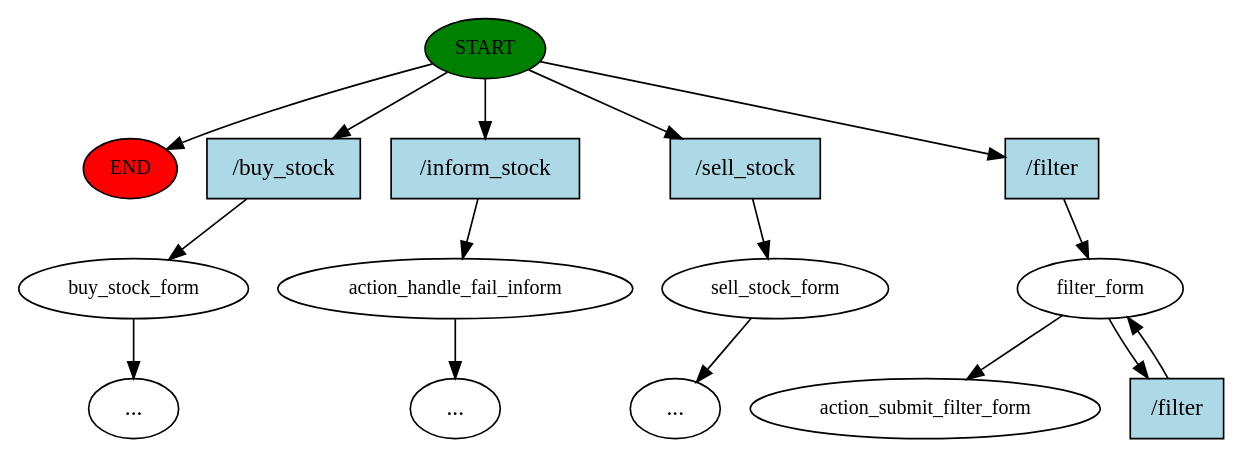
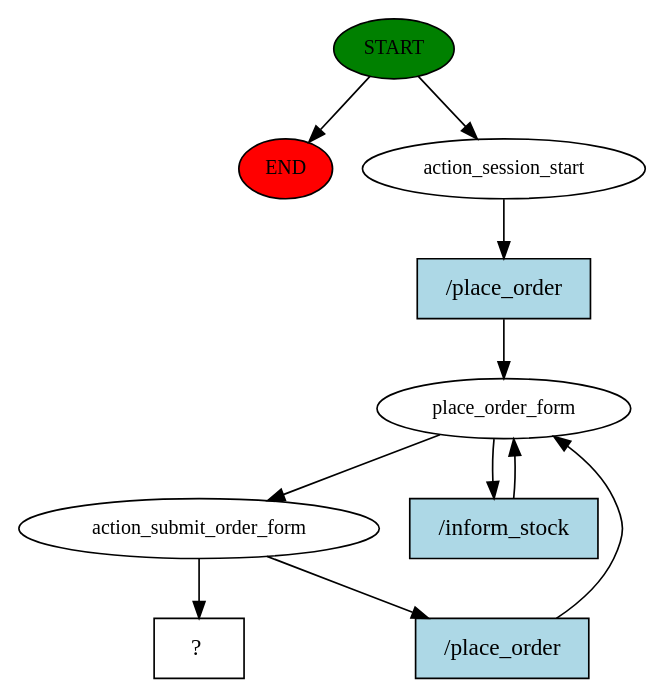
The diagram in src/components/ChatBot/ChatBotBackend/RasaIntent/story_graph.dot (medAzizBennour/chatbot), drawn with Graphviz before and after one commit. The commit also changed 85 other files, not shown here.

```diff
--- a/src/components/ChatBot/ChatBotBackend/RasaIntent/story_graph.dot
+++ b/src/components/ChatBot/ChatBotBackend/RasaIntent/story_graph.dot
@@ -1,32 +1,21 @@
 digraph  {
 0 [class="start active", fillcolor=green, fontsize=12, label=START, style=filled];
 "-1" [class=end, fillcolor=red, fontsize=12, label=END, style=filled];
-1 [class="", fontsize=12, label=buy_stock_form];
-"-4" [class=ellipsis, label="..."];
-3 [class="", fontsize=12, label=action_handle_fail_inform];
-"-6" [class=ellipsis, label="..."];
-5 [class="", fontsize=12, label=sell_stock_form];
-"-7" [class=ellipsis, label="..."];
-6 [class=active, fontsize=12, label=filter_form];
-8 [class="dashed active", fontsize=12, label=action_submit_filter_form];
-9 [class=intent, fillcolor=lightblue, label="/buy_stock", shape=rect, style=filled];
-10 [class=intent, fillcolor=lightblue, label="/inform_stock", shape=rect, style=filled];
-11 [class=intent, fillcolor=lightblue, label="/sell_stock", shape=rect, style=filled];
-12 [class="intent active", fillcolor=lightblue, label="/filter", shape=rect, style=filled];
-13 [class="intent active", fillcolor=lightblue, label="/filter", shape=rect, style=filled];
+1 [class=active, fontsize=12, label=action_session_start];
+2 [class=active, fontsize=12, label=place_order_form];
+6 [class=active, fontsize=12, label=action_submit_order_form];
+10 [class="intent dashed active", label="  ?  ", shape=rect];
+11 [class="intent active", fillcolor=lightblue, label="/place_order", shape=rect, style=filled];
+12 [class="intent active", fillcolor=lightblue, label="/inform_stock", shape=rect, style=filled];
+13 [class="intent active", fillcolor=lightblue, label="/place_order", shape=rect, style=filled];
 0 -> "-1"  [class="", key=NONE, label=""];
-0 -> 9  [class="", key=0];
-0 -> 10  [class="", key=0];
-0 -> 11  [class="", key=0];
-0 -> 12  [class=active, key=0];
-1 -> "-4"  [class="", key=NONE, label=""];
-3 -> "-6"  [class="", key=NONE, label=""];
-5 -> "-7"  [class="", key=NONE, label=""];
-6 -> 8  [class=active, key=NONE, label=""];
+0 -> 1  [class=active, key=NONE, label=""];
+1 -> 11  [class=active, key=0];
+2 -> 6  [class=active, key=NONE, label=""];
+2 -> 12  [class=active, key=0];
+6 -> 10  [class=active, key=NONE, label=""];
 6 -> 13  [class=active, key=0];
-9 -> 1  [class="", key=0];
-10 -> 3  [class="", key=0];
-11 -> 5  [class="", key=0];
-12 -> 6  [class=active, key=0];
-13 -> 6  [class=active, key=0];
+11 -> 2  [class=active, key=0];
+12 -> 2  [class=active, key=0];
+13 -> 2  [class=active, key=0];
 }
```
